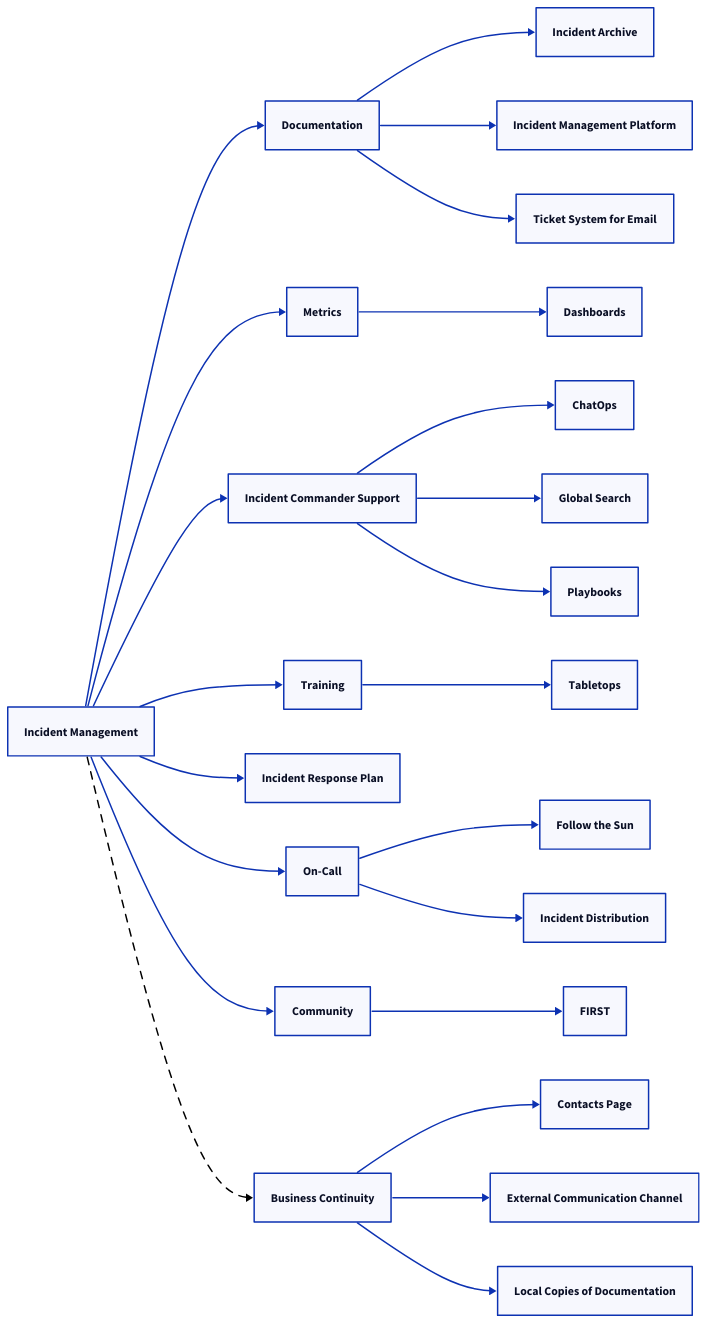
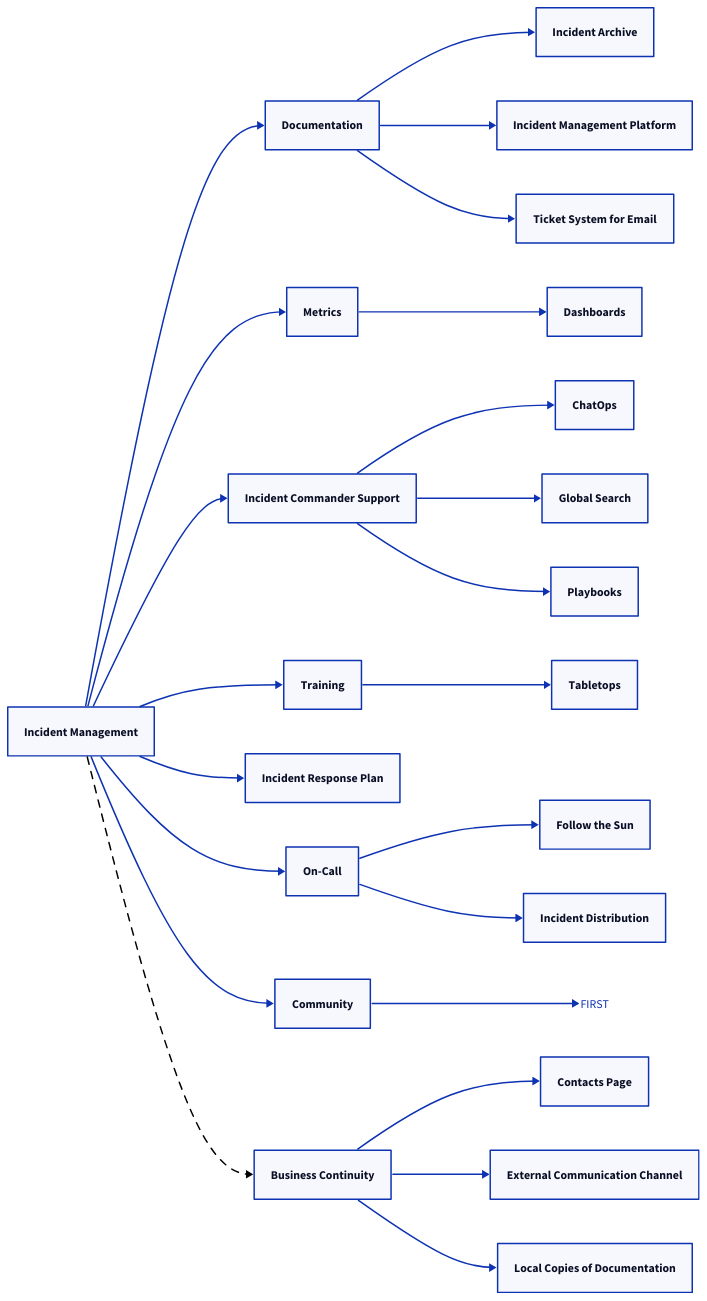
The diagram in content/1 Incident Management.md (cyberpetrol/security-mindmaps), drawn with D2 before and after one commit. The commit also changed other lines of this file and 4 other files, not shown here.

````diff
--- a/content/1 Incident Management.md
+++ b/content/1 Incident Management.md
@@ -1,31 +3,34 @@
 ```d2
 direction: right
 
 Incident Management -> Documentation
 Documentation -> Incident Archive
 Documentation -> Incident Management Platform
 Documentation -> Ticket System for Email
 Incident Management -> Metrics -> Dashboards
 Incident Management -> Incident Commander Support -> ChatOps
 Incident Commander Support -> Global Search
 Incident Commander Support -> Playbooks
 
 Incident Management -> Training -> Tabletops
 
 Incident Management -> Incident Response Plan
 
 Incident Management -> On-Call -> Follow the Sun
 On-Call -> Incident Distribution
 
 Incident Management -> Community -> FIRST
+FIRST: |md
+  [FIRST](https://www.first.org/)
+|
 
 Incident Management -> Business Continuity {
   style: {
     stroke: black
     stroke-dash: 5
   }
 }
 Business Continuity -> Contacts Page
 Business Continuity -> External Communication Channel
 Business Continuity -> Local Copies of Documentation
 ```
````
